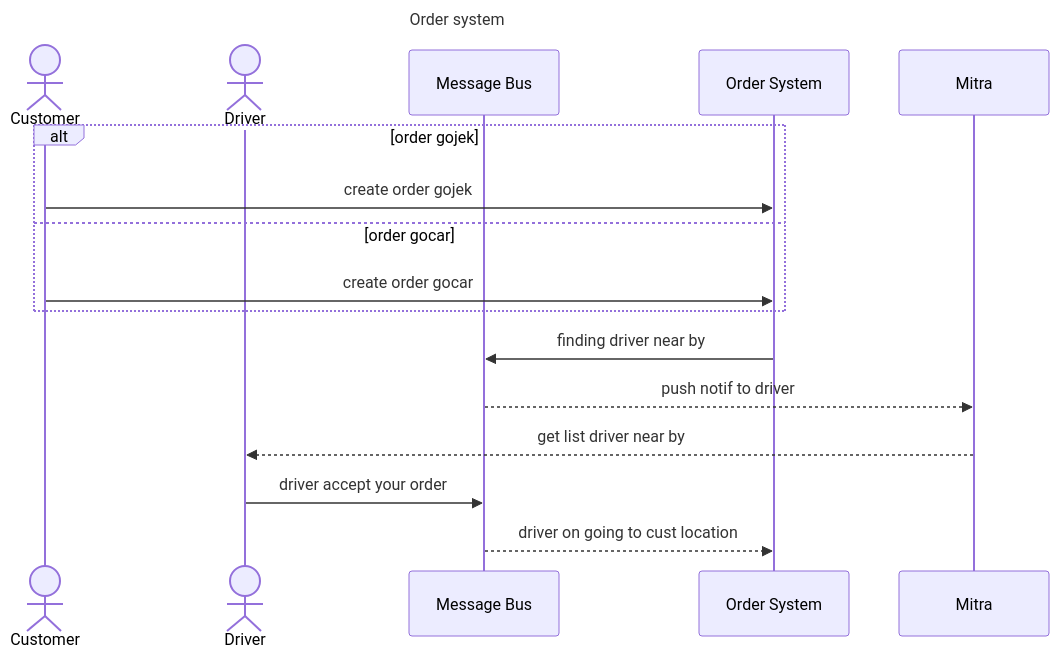
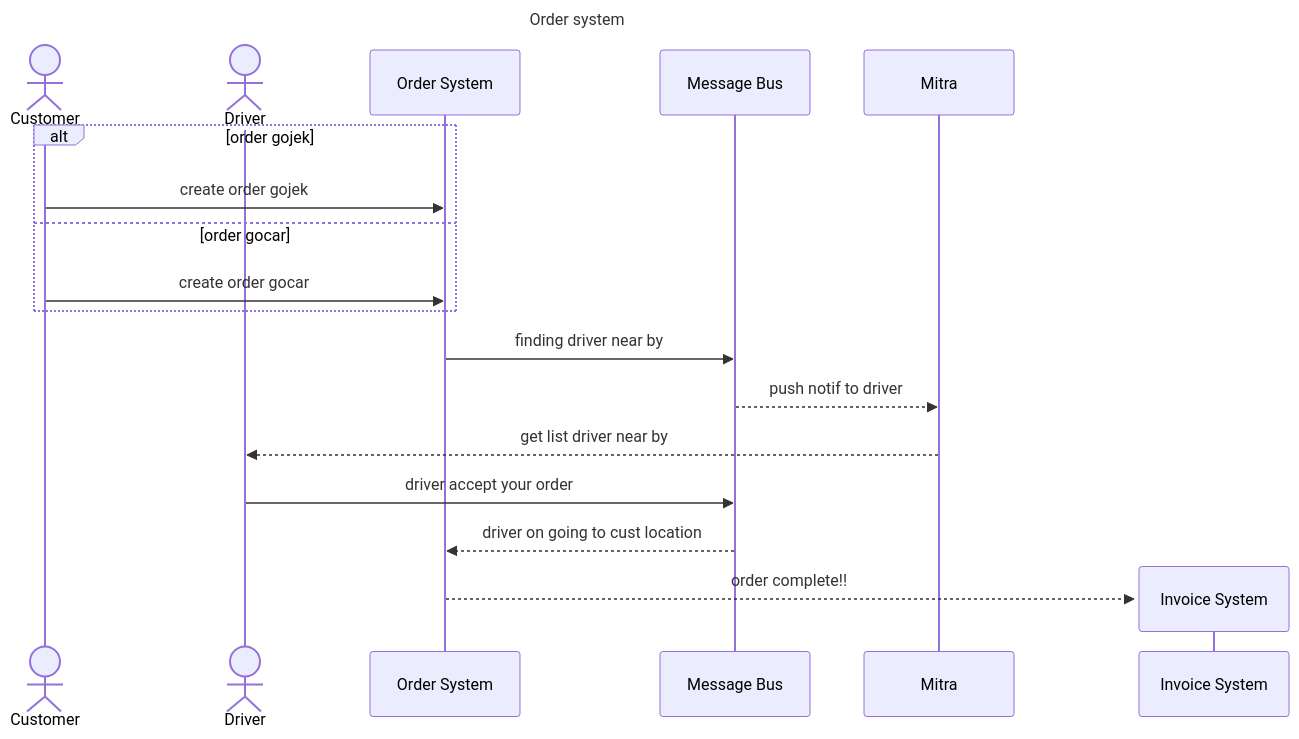
Before and after one commit to dimMaryanto93/springboot3-eventsourcing-axon: the diagram in docs/gojek-order.mermaid, drawn with Mermaid. The commit also changed 12 other files, not shown here.

```diff
--- a/docs/gojek-order.mermaid
+++ b/docs/gojek-order.mermaid
@@ -1,21 +1,24 @@
 sequenceDiagram
     title Order system;
     actor c as Customer;
     actor d as Driver;
 %%    autonumber
+    participant ord as Order System;
     participant msg as Message Bus;
-    participant ord as Order System;
+
 
     alt order gojek
         c ->> ord: create order gojek
     else order gocar
         c ->> ord: create order gocar
     end
 
     ord ->> msg: finding driver near by
 
     participant m as Mitra;
     msg -->> m: push notif to driver
     m -->> d: get list driver near by
     d ->> msg: driver accept your order
     msg -->> ord: driver on going to cust location
+    create participant inv as Invoice System;
+    ord -->> inv: order complete!!
```
